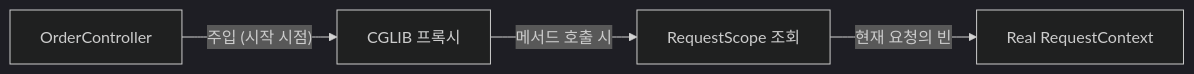
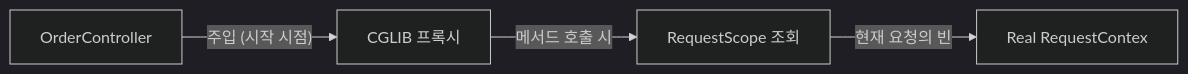
The seventh of 8 diagrams in _posts/spring/2026-05-02-spring-core-basic.md (yjkim2015/yjkim2015.github.io), drawn with Mermaid (dark theme) before and after one commit. The commit also changed other lines of this file and 245 other files, not shown here.

First line of the commit message:
Mermaid 다이어그램 전면 수정 + 면접 포인트 접기/펼치기 + DB 데드락 페이지

````diff
--- a/_posts/spring/2026-05-02-spring-core-basic.md
+++ b/_posts/spring/2026-05-02-spring-core-basic.md
@@ -937,6 +937,6 @@
 ```mermaid
 graph LR
     A["OrderController"] -->|"주입 (시작 시점)"| B["CGLIB 프록시"]
     B -->|"메서드 호출 시"| C["RequestScope 조회"]
-    C -->|"현재 요청의 빈"| D["Real RequestContext"]
+    C -->|"현재 요청의 빈"| D["Real RequestContex"]
 ```
````
